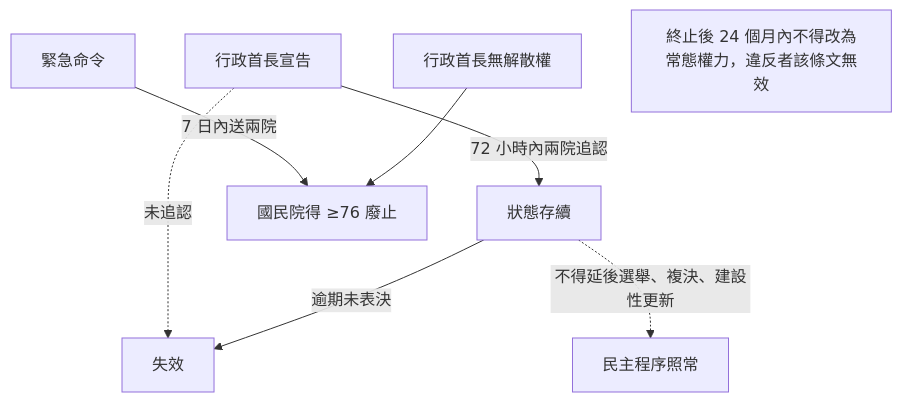
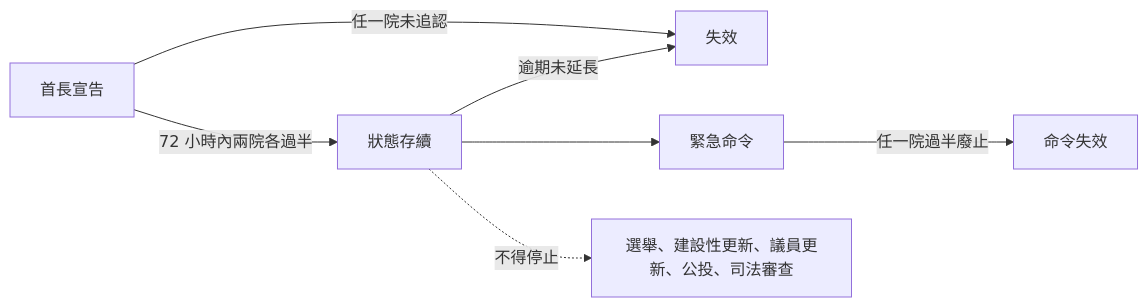
One commit to IRonROOT578/Political-Economy-Research-Public changed the eighth of 8 diagrams in topics/regime-designs/designs/台灣/兩院議會制/憲政架構圖.md. Above: the diagram before and after it, drawn with Mermaid. The commit also changed other lines of this file and 241 other files, not shown here.

````diff
--- a/topics/regime-designs/designs/台灣/兩院議會制/憲政架構圖.md
+++ b/topics/regime-designs/designs/台灣/兩院議會制/憲政架構圖.md
@@ -152,10 +102,9 @@
 ```mermaid
-flowchart TD
-  Dec[行政首長宣告] -->|72 小時內兩院追認| Live[狀態存續]
-  Dec -.->|未追認| End[失效]
-  Live -->|逾期未表決| End
-  Order[緊急命令] -->|7 日內送兩院| NA[國民院得 ≥76 廢止]
-  NoDis[行政首長無解散權] --> NA
-  Live -.->|不得延後選舉、複決、建設性更新| Elec[民主程序照常]
-  After[終止後 24 個月內不得改為常態權力，違反者該條文無效]
+flowchart LR
+  Dec[首長宣告] -->|72 小時內兩院各過半| On[狀態存續]
+  Dec -->|任一院未追認| Off[失效]
+  On -->|逾期未延長| Off
+  On --> Ord[緊急命令]
+  Ord -->|任一院過半廢止| Gone[命令失效]
+  On -.->|不得停止| Red[選舉、建設性更新、議員更新、公投、司法審查]
 ```
````
